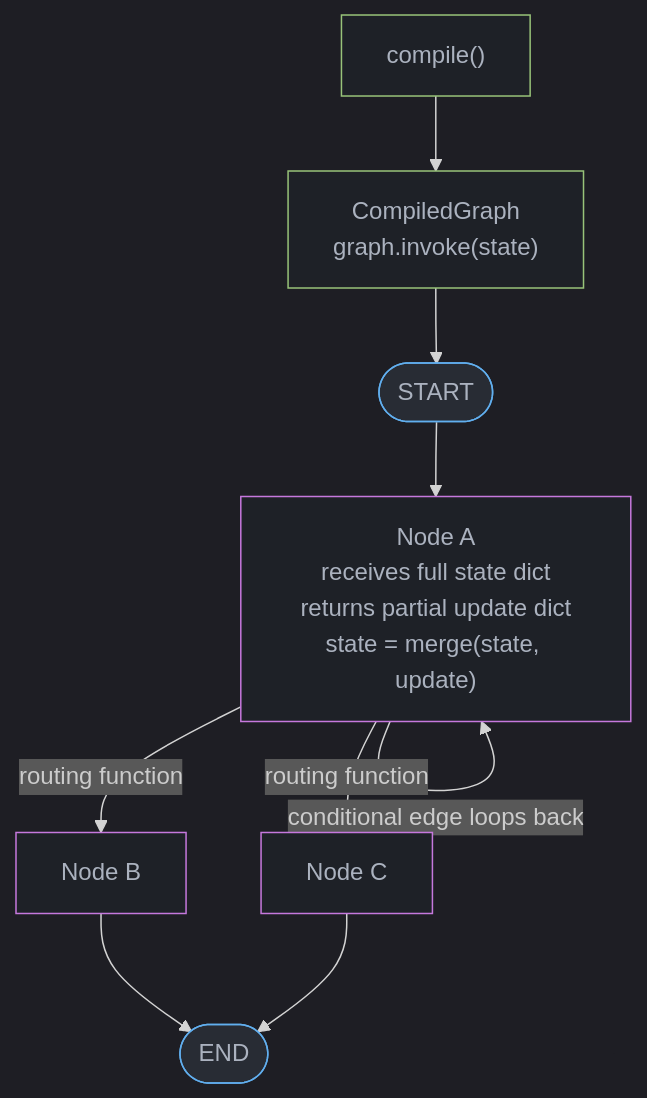
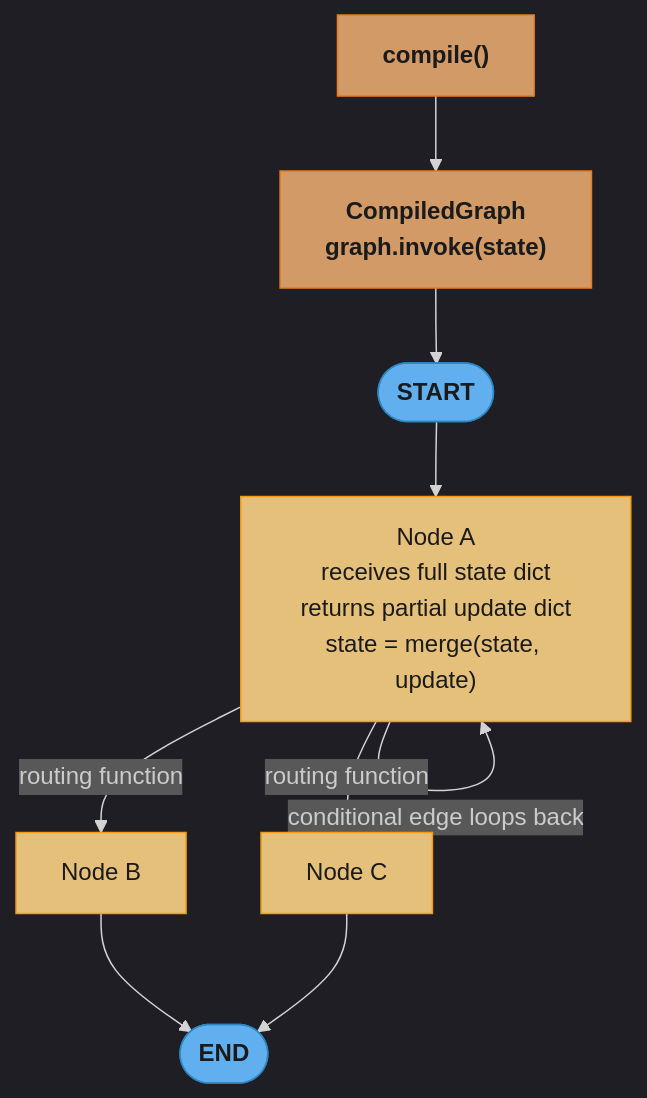
The fourth of 6 diagrams in src/main/java/com/rutik/systemdesign/llm/agentic_frameworks/langgraph.md (rppol/system-design), drawn with Mermaid before and after one commit. The commit also changed other lines of this file and 88 other files, not shown here.

````diff
--- a/src/main/java/com/rutik/systemdesign/llm/agentic_frameworks/langgraph.md
+++ b/src/main/java/com/rutik/systemdesign/llm/agentic_frameworks/langgraph.md
@@ -141,20 +153,24 @@
 ```mermaid
 %%{init: {'flowchart': {'curve': 'basis'}, 'theme': 'dark'}}%%
 flowchart TD
+    classDef io      fill:#61afef,stroke:#2e86c1,color:#1a1a1a,font-weight:bold
+    classDef frozen  fill:#c678dd,stroke:#9b59b6,color:#fff
+    classDef train   fill:#98c379,stroke:#27ae60,color:#1a1a1a
+    classDef mathOp  fill:#d19a66,stroke:#e67e22,color:#1a1a1a,font-weight:bold
+    classDef lossN   fill:#e06c75,stroke:#c0392b,color:#fff,font-weight:bold
+    classDef req     fill:#56b6c2,stroke:#0097a7,color:#1a1a1a
+    classDef base    fill:#e5c07b,stroke:#f39c12,color:#1a1a1a
+
     Compile["compile()"] --> CG["CompiledGraph\ngraph.invoke(state)"]
     CG --> START([START])
     START --> NodeA["Node A\nreceives full state dict\nreturns partial update dict\nstate = merge(state, update)"]
     NodeA -- "routing function" --> NodeB["Node B"]
     NodeA -- "routing function" --> NodeC["Node C"]
     NodeA -- "conditional edge loops back" --> NodeA
     NodeB --> END([END])
     NodeC --> END
 
-    classDef io     fill:#282c34,stroke:#61afef,color:#abb2bf
-    classDef proc   fill:#1e2127,stroke:#98c379,color:#abb2bf
-    classDef llm    fill:#1e2127,stroke:#c678dd,color:#abb2bf
-
     class START,END io
-    class Compile,CG proc
-    class NodeA,NodeB,NodeC llm
+    class Compile,CG mathOp
+    class NodeA,NodeB,NodeC base
 ```
````
